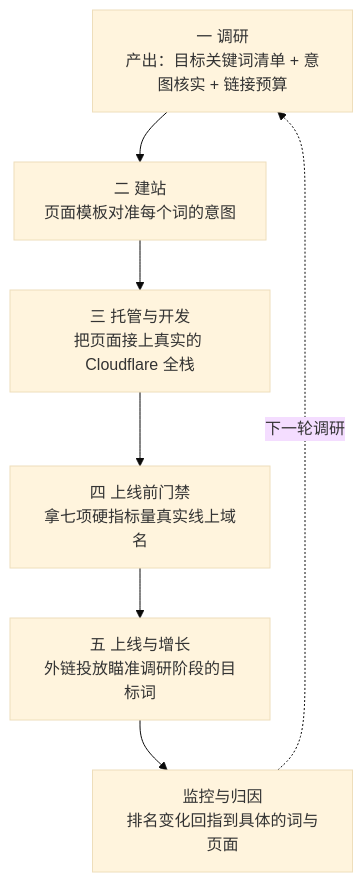
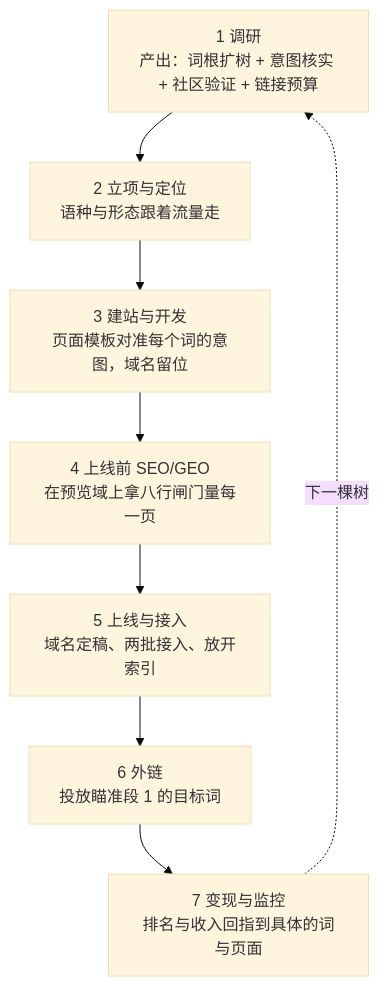
One commit to 1198560751/yan-skills-agent changed the second of 2 diagrams in README.md. Above: the diagram before and after it, drawn with Mermaid (base theme). The commit also changed other lines of this file and 28 other files, not shown here.

````diff
--- a/README.md
+++ b/README.md
@@ -138,9 +132,10 @@
 ```mermaid
 flowchart TD
-  R["一 调研<br/>产出：目标关键词清单 + 意图核实 + 链接预算"] --> B["二 建站<br/>页面模板对准每个词的意图"]
-  B --> H["三 托管与开发<br/>把页面接上真实的 Cloudflare 全栈"]
-  H --> G["四 上线前门禁<br/>拿七项硬指标量真实线上域名"]
-  G --> L["五 上线与增长<br/>外链投放瞄准调研阶段的目标词"]
-  L --> M["监控与归因<br/>排名变化回指到具体的词与页面"]
-  M -.下一轮调研.-> R
+  R["1 调研<br/>产出：词根扩树 + 意图核实 + 社区验证 + 链接预算"] --> P["2 立项与定位<br/>语种与形态跟着流量走"]
+  P --> B["3 建站与开发<br/>页面模板对准每个词的意图，域名留位"]
+  B --> G["4 上线前 SEO/GEO<br/>在预览域上拿八行闸门量每一页"]
+  G --> L["5 上线与接入<br/>域名定稿、两批接入、放开索引"]
+  L --> K["6 外链<br/>投放瞄准段 1 的目标词"]
+  K --> M["7 变现与监控<br/>排名与收入回指到具体的词与页面"]
+  M -.下一棵树.-> R
 ```
````
